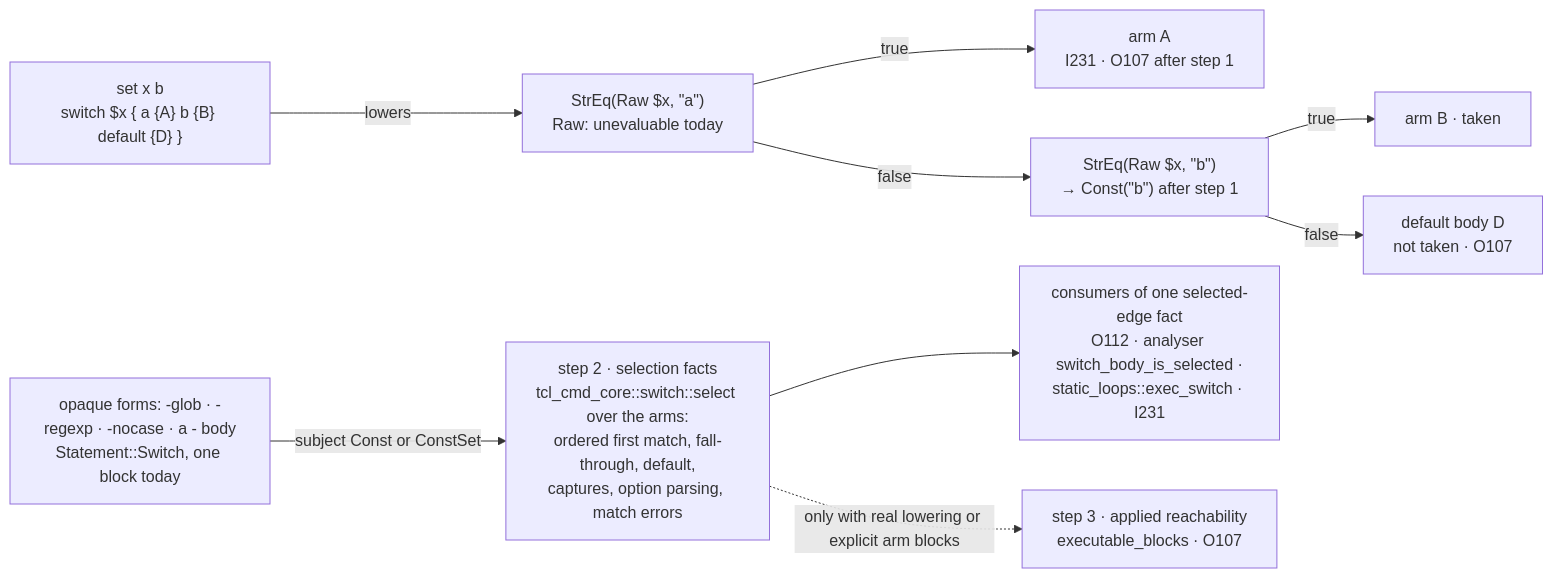
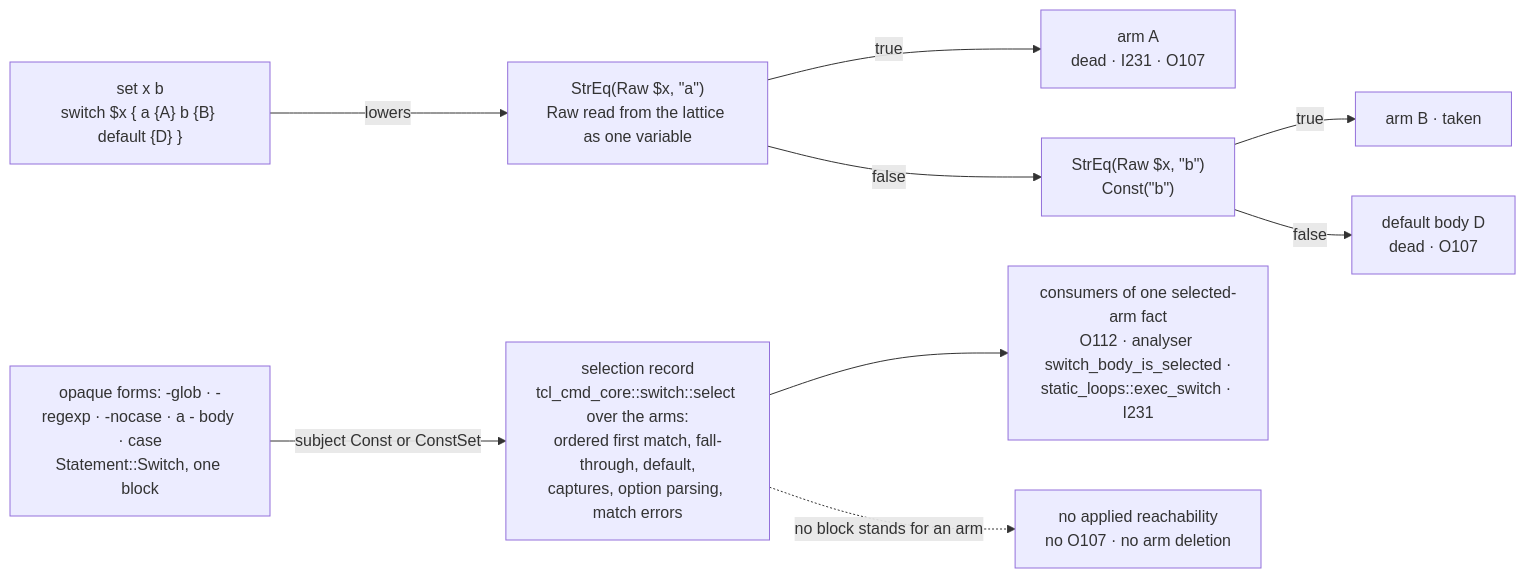
The fifth of 5 diagrams in docs/design/compiler/value-transfers.md (bitwisecook/tcl-lsp), drawn with Mermaid before and after one commit. The commit also changed other lines of this file and 18 other files, not shown here.

````diff
--- a/docs/design/compiler/value-transfers.md
+++ b/docs/design/compiler/value-transfers.md
@@ -1878,11 +1880,11 @@
 ```mermaid
 flowchart LR
-    SRC["set x b<br/>switch $x { a {A} b {B} default {D} }"] -->|lowers| C1["StrEq(Raw $x, &quot;a&quot;)<br/>Raw: unevaluable today"]
-    C1 -->|true| A["arm A<br/>I231 · O107 after step 1"]
-    C1 -->|false| C2["StrEq(Raw $x, &quot;b&quot;)<br/>→ Const(&quot;b&quot;) after step 1"]
+    SRC["set x b<br/>switch $x { a {A} b {B} default {D} }"] -->|lowers| C1["StrEq(Raw $x, &quot;a&quot;)<br/>Raw read from the lattice as one variable"]
+    C1 -->|true| A["arm A<br/>dead · I231 · O107"]
+    C1 -->|false| C2["StrEq(Raw $x, &quot;b&quot;)<br/>Const(&quot;b&quot;)"]
     C2 -->|true| B["arm B · taken"]
-    C2 -->|false| D["default body D<br/>not taken · O107"]
-    OP["opaque forms: -glob · -regexp · -nocase · a - body<br/>Statement::Switch, one block today"] -->|subject Const or ConstSet| SEL["step 2 · selection facts<br/>tcl_cmd_core::switch::select over the arms:<br/>ordered first match, fall-through, default,<br/>captures, option parsing, match errors"]
-    SEL --> CONS["consumers of one selected-edge fact<br/>O112 · analyser switch_body_is_selected ·<br/>static_loops::exec_switch · I231"]
-    SEL -. only with real lowering or explicit arm blocks .-> CFG["step 3 · applied reachability<br/>executable_blocks · O107"]
+    C2 -->|false| D["default body D<br/>dead · O107"]
+    OP["opaque forms: -glob · -regexp · -nocase · a - body · case<br/>Statement::Switch, one block"] -->|subject Const or ConstSet| SEL["selection record<br/>tcl_cmd_core::switch::select over the arms:<br/>ordered first match, fall-through, default,<br/>captures, option parsing, match errors"]
+    SEL --> CONS["consumers of one selected-arm fact<br/>O112 · analyser switch_body_is_selected ·<br/>static_loops::exec_switch · I231"]
+    SEL -. no block stands for an arm .-> NOCFG["no applied reachability<br/>no O107 · no arm deletion"]
 ```
````
